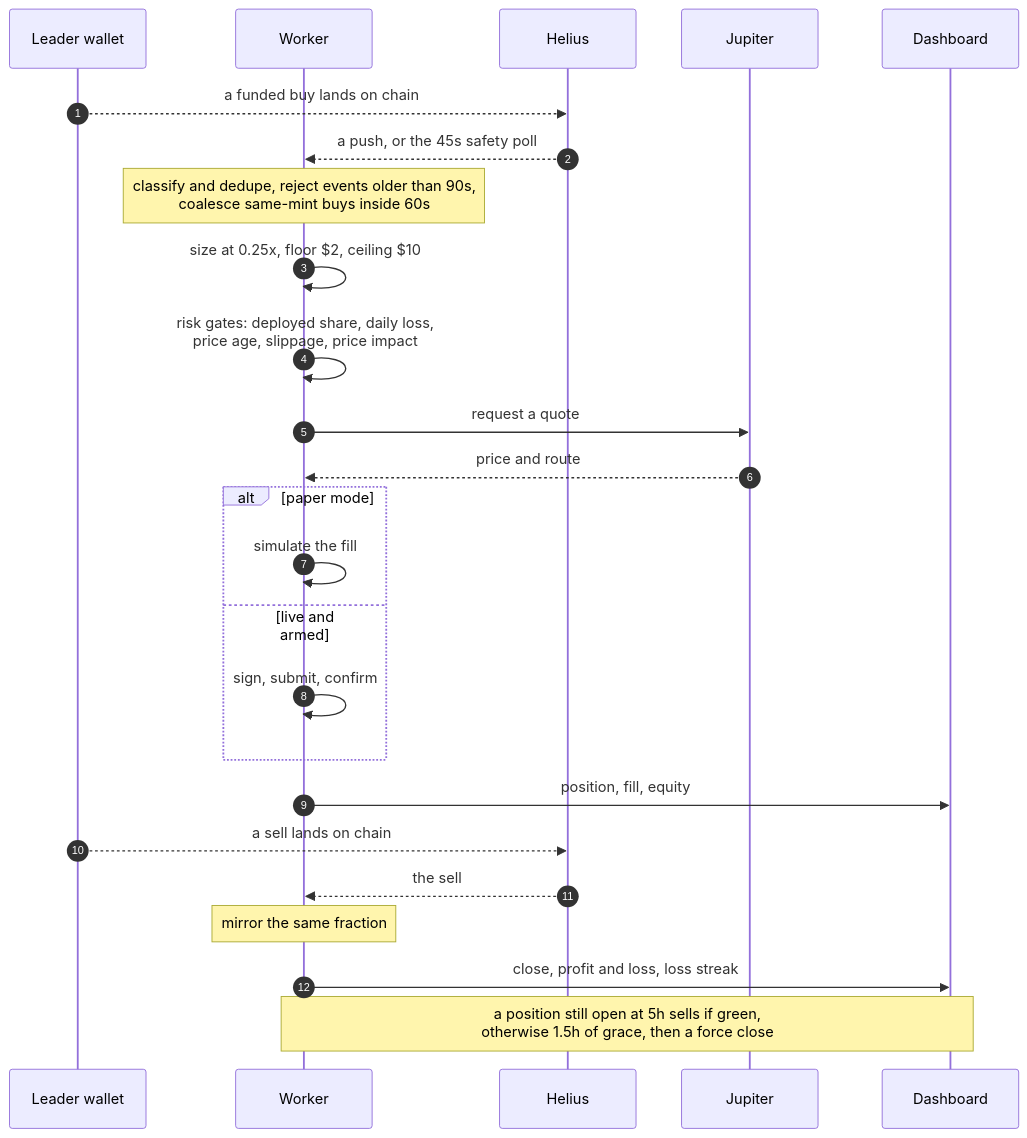
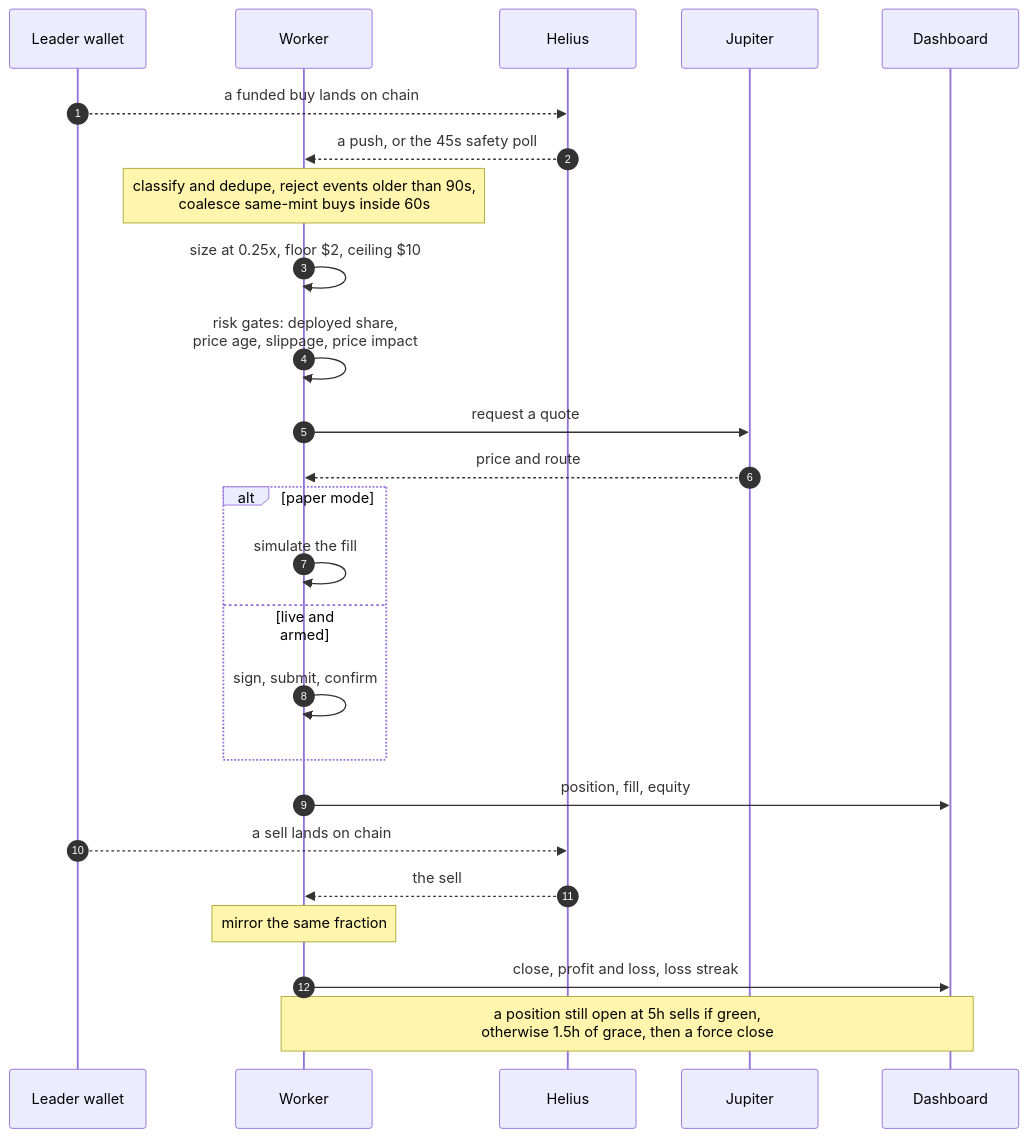
The diagram in docs/diagrams/one-copied-trade.mmd (RuneL89/zcode-copytrade-bot), drawn with Mermaid before and after one commit. The commit also changed 28 other files, not shown here.

First line of the commit message:
feat(risk): remove the daily-loss entry cap

```diff
--- a/docs/diagrams/one-copied-trade.mmd
+++ b/docs/diagrams/one-copied-trade.mmd
@@ -1,29 +1,29 @@
 %% Render: ~/.zcode/tools/mermaid-render/render.sh -i one-copied-trade.mmd -o ../images/one-copied-trade.png -b white -s 2 -w 1600
 sequenceDiagram
     autonumber
     participant L as Leader wallet
     participant W as Worker
     participant H as Helius
     participant J as Jupiter
     participant D as Dashboard
 
     L-->>H: a funded buy lands on chain
     H-->>W: a push, or the 45s safety poll
     Note over W: classify and dedupe, reject events older than 90s,<br/>coalesce same-mint buys inside 60s
     W->>W: size at 0.25x, floor $2, ceiling $10
-    W->>W: risk gates: deployed share, daily loss,<br/>price age, slippage, price impact
+    W->>W: risk gates: deployed share,<br/>price age, slippage, price impact
     W->>J: request a quote
     J-->>W: price and route
     alt paper mode
         W->>W: simulate the fill
     else live and armed
         W->>W: sign, submit, confirm
     end
     W->>D: position, fill, equity
 
     L-->>H: a sell lands on chain
     H-->>W: the sell
     Note over W: mirror the same fraction
     W->>D: close, profit and loss, loss streak
 
     Note over W,D: a position still open at 5h sells if green,<br/>otherwise 1.5h of grace, then a force close
```
